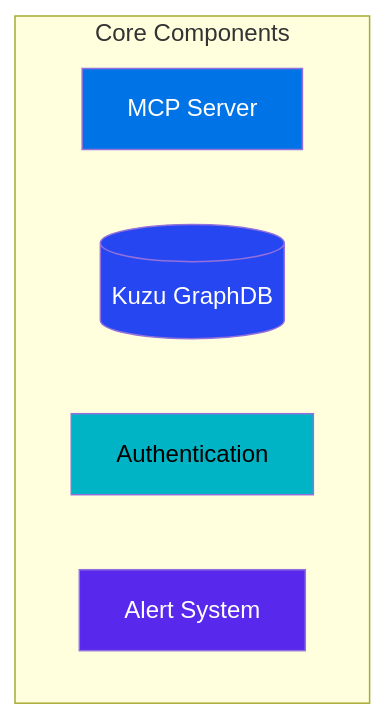
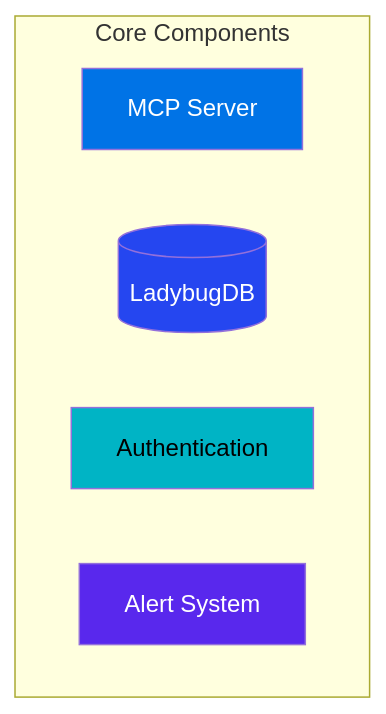
The second of 5 diagrams in docs/development/COLOR_PALETTE_GUIDE.md (elementalcollision/GraphMemory-IDE), drawn with Mermaid before and after one commit. The commit also changed 120 other files, not shown here.

First line of the commit message:
Kuzu → LadybugDB migration (Phases 0–9 + follow-up) (#4)

````diff
--- a/docs/development/COLOR_PALETTE_GUIDE.md
+++ b/docs/development/COLOR_PALETTE_GUIDE.md
@@ -66,14 +66,14 @@
 ```mermaid
 graph TB
     subgraph "Core Components"
         MCP[MCP Server]
-        KUZU[(Kuzu GraphDB)]
+        LADYBUG[(LadybugDB)]
         AUTH[Authentication]
         ALERTS[Alert System]
     end
     
     style MCP fill:#0073e6,color:#ffffff
-    style KUZU fill:#2546f0,color:#ffffff
+    style LADYBUG fill:#2546f0,color:#ffffff
     style AUTH fill:#00b4c5,color:#000000
     style ALERTS fill:#5928ed,color:#ffffff
 ```
````
